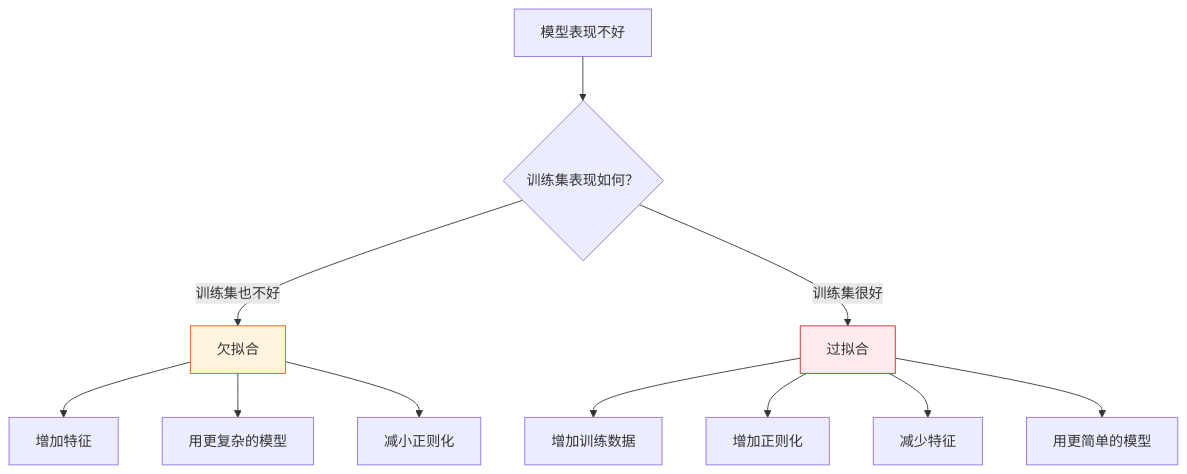
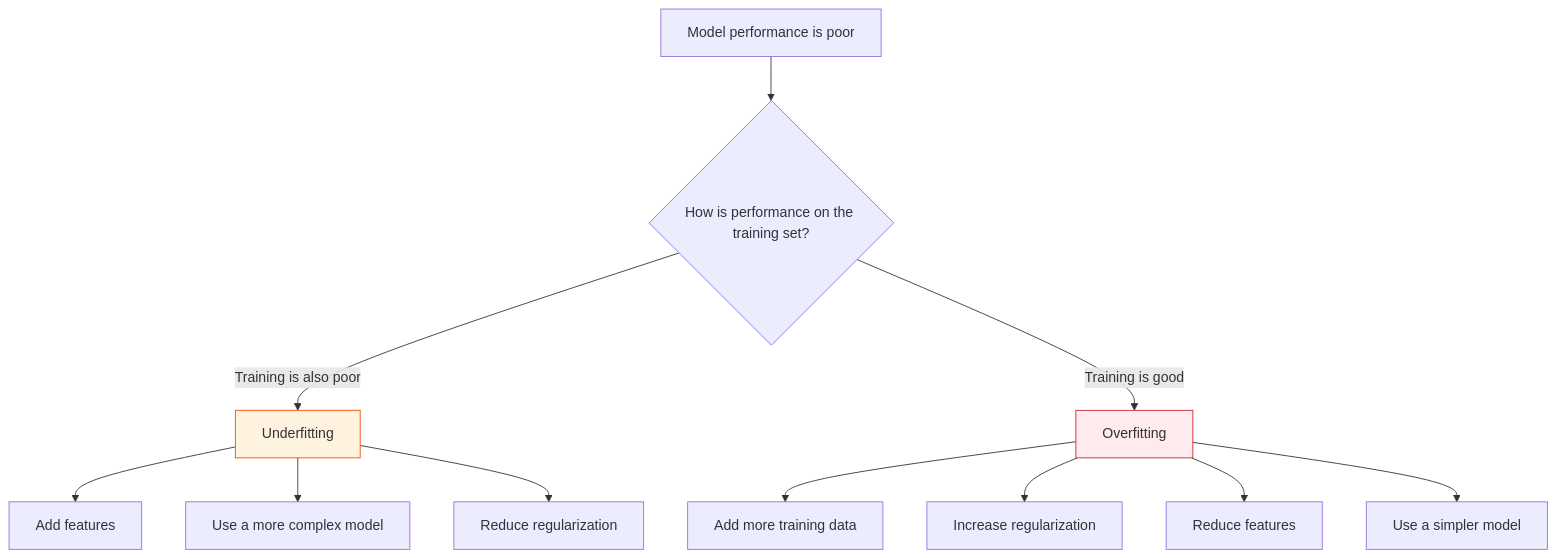
One commit to oudbiao/AI-fullstack-course changed the third of 3 diagrams in docs/ch05-machine-learning/ch04-evaluation/03-bias-variance.md. Above: the diagram before and after it, drawn with Mermaid. The commit also changed other lines of this file and 1406 other files, not shown here.

````diff
--- a/docs/ch05-machine-learning/ch04-evaluation/03-bias-variance.md
+++ b/docs/ch05-machine-learning/ch04-evaluation/03-bias-variance.md
@@ -405,18 +405,18 @@
 ```mermaid
 flowchart TD
-    A["模型表现不好"] --> B{"训练集表现如何？"}
-    B -->|"训练集也不好"| UF["欠拟合"]
-    B -->|"训练集很好"| OF["过拟合"]
+    A["Model performance is poor"] --> B{"How is performance on the training set?"}
+    B -->|"Training is also poor"| UF["Underfitting"]
+    B -->|"Training is good"| OF["Overfitting"]
 
-    UF --> U1["增加特征"]
-    UF --> U2["用更复杂的模型"]
-    UF --> U3["减小正则化"]
+    UF --> U1["Add features"]
+    UF --> U2["Use a more complex model"]
+    UF --> U3["Reduce regularization"]
 
-    OF --> O1["增加训练数据"]
-    OF --> O2["增加正则化"]
-    OF --> O3["减少特征"]
-    OF --> O4["用更简单的模型"]
+    OF --> O1["Add more training data"]
+    OF --> O2["Increase regularization"]
+    OF --> O3["Reduce features"]
+    OF --> O4["Use a simpler model"]
 
     style UF fill:#fff3e0,stroke:#e65100,color:#333
     style OF fill:#ffebee,stroke:#c62828,color:#333
 ```
````
